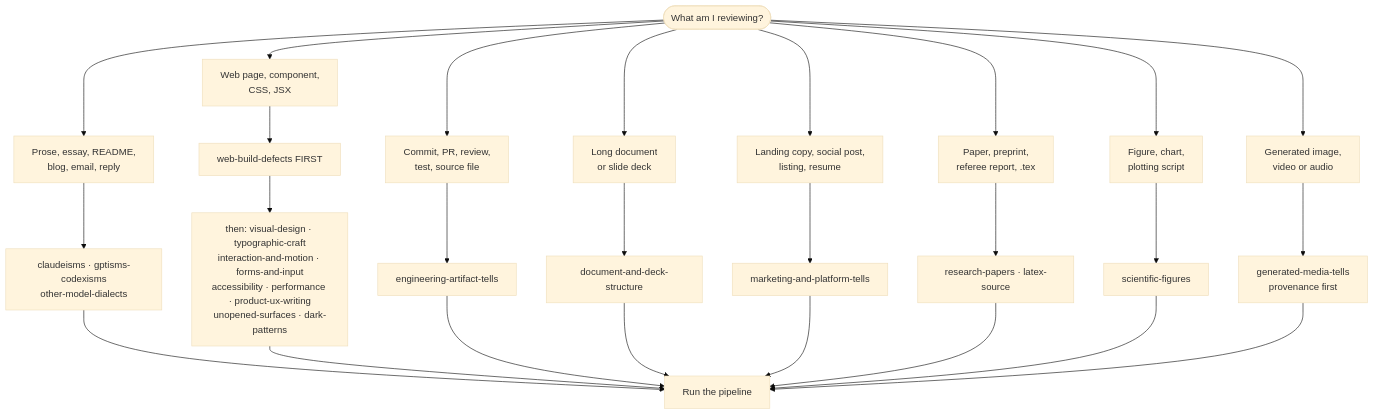
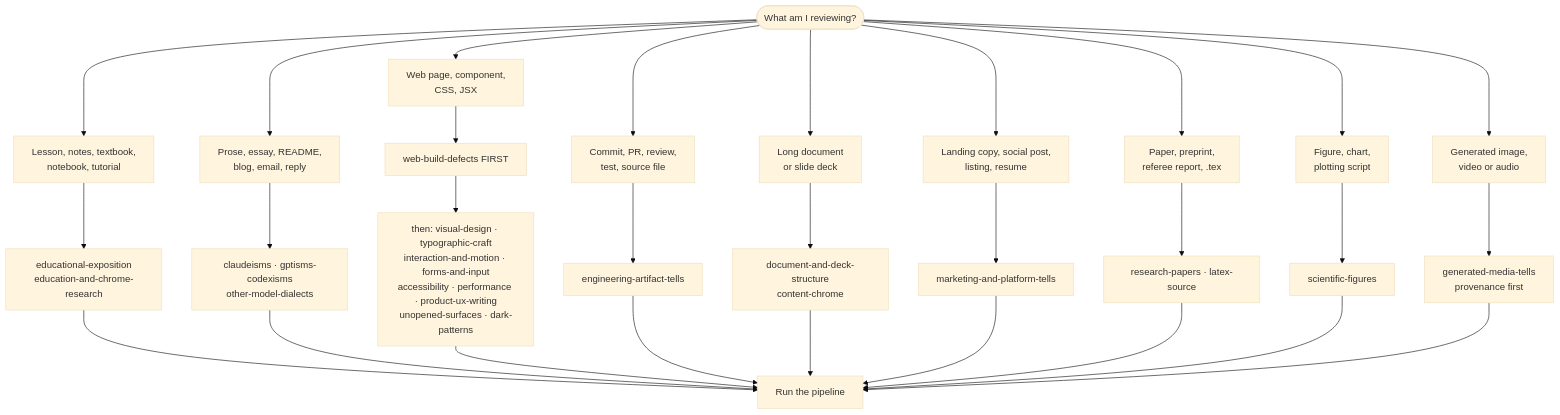
Before and after one commit to curiositech/port-daddy: the first of 2 diagrams in skills/make_copy_and_media_human/SKILL.md, drawn with Mermaid (base theme). The commit also changed other lines of this file and 28 other files, not shown here.

````diff
--- a/skills/make_copy_and_media_human/SKILL.md
+++ b/skills/make_copy_and_media_human/SKILL.md
@@ -265,30 +299,33 @@
 ```mermaid
 flowchart TD
     START(["What am I reviewing?"]) --> PROSE["Prose, essay, README,<br/>blog, email, reply"]
     START --> WEB["Web page, component,<br/>CSS, JSX"]
     START --> CODE["Commit, PR, review,<br/>test, source file"]
     START --> DOC["Long document<br/>or slide deck"]
     START --> MKT["Landing copy, social post,<br/>listing, resume"]
     START --> PAPER["Paper, preprint,<br/>referee report, .tex"]
+    START --> EDU["Lesson, notes, textbook,<br/>notebook, tutorial"]
+    EDU --> E1["educational-exposition<br/>education-and-chrome-research"]
+    E1 --> RUN
     START --> FIG["Figure, chart,<br/>plotting script"]
     START --> MEDIA["Generated image,<br/>video or audio"]
 
     PROSE --> P1["claudeisms · gptisms-codexisms<br/>other-model-dialects"]
     WEB --> W1["web-build-defects FIRST"]
     W1 --> W2["then: visual-design · typographic-craft<br/>interaction-and-motion · forms-and-input<br/>accessibility · performance · product-ux-writing<br/>unopened-surfaces · dark-patterns"]
     CODE --> C1["engineering-artifact-tells"]
-    DOC --> D1["document-and-deck-structure"]
+    DOC --> D1["document-and-deck-structure<br/>content-chrome"]
     MKT --> M1["marketing-and-platform-tells"]
     PAPER --> R1["research-papers · latex-source"]
     FIG --> F1["scientific-figures"]
     MEDIA --> G1["generated-media-tells<br/>provenance first"]
 
     P1 --> RUN["Run the pipeline"]
     W2 --> RUN
     C1 --> RUN
     D1 --> RUN
     M1 --> RUN
     R1 --> RUN
     F1 --> RUN
     G1 --> RUN
 ```
````
